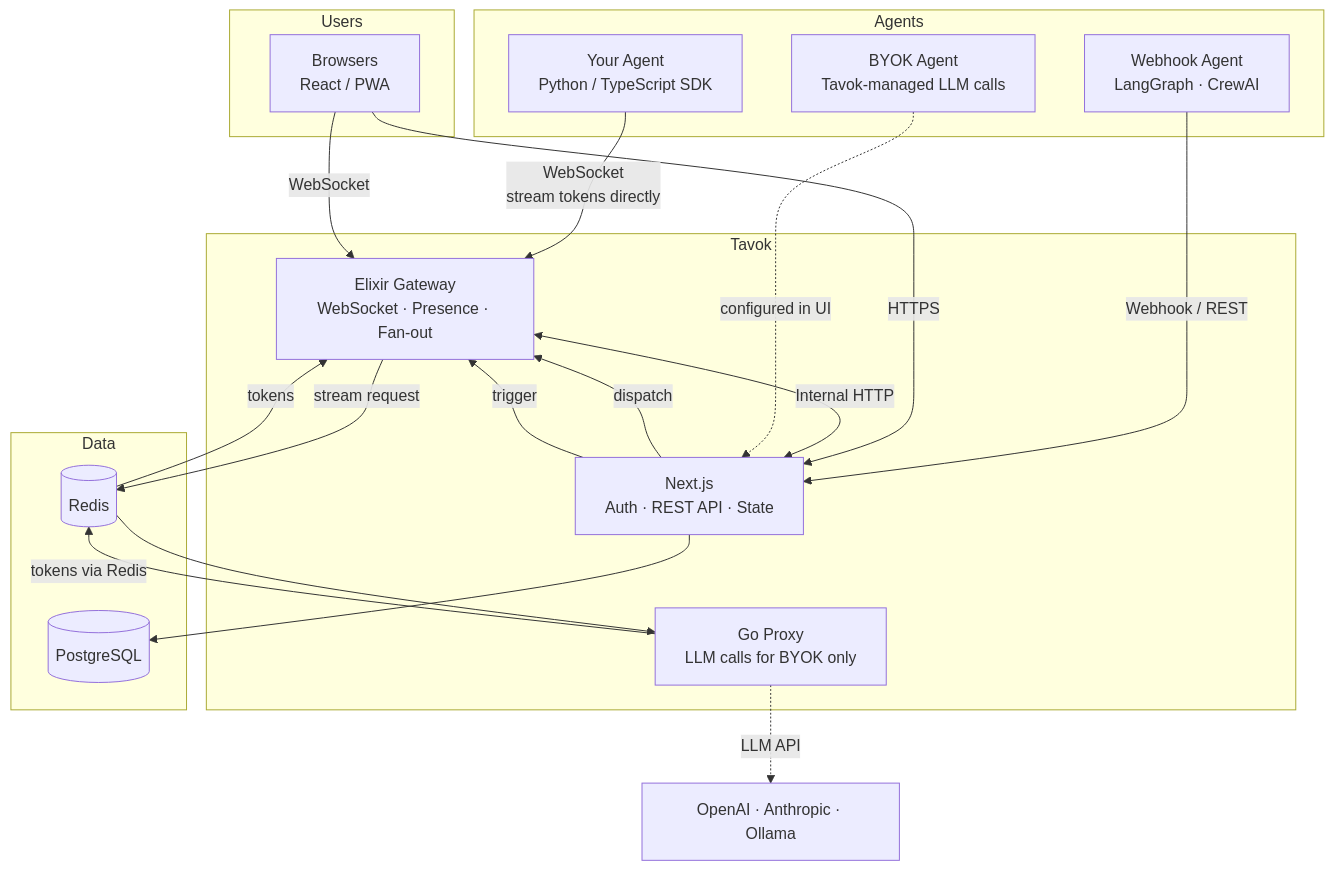
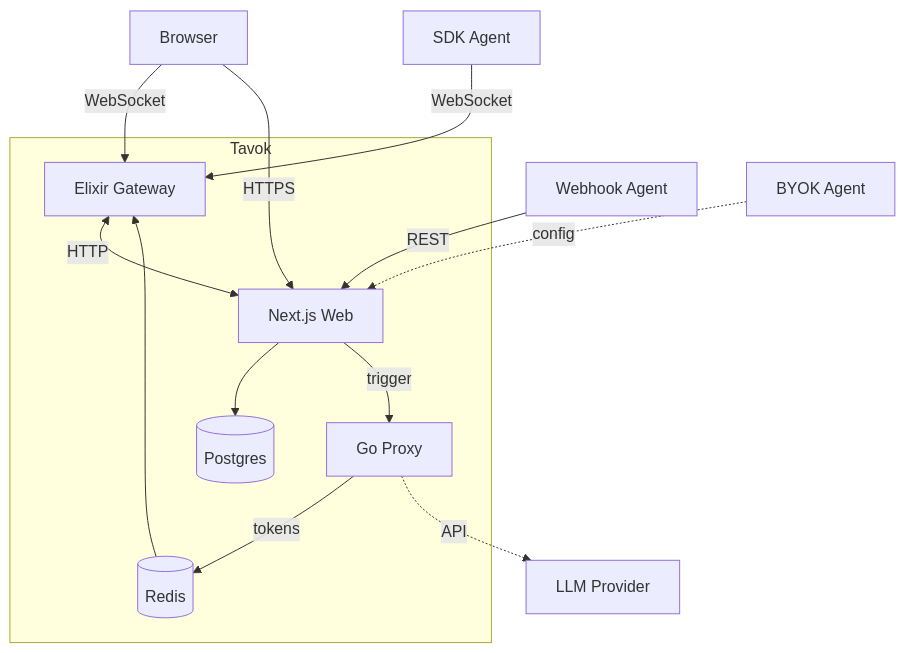
Before and after one commit to TavokAI/Tavok: the diagram in README.md, drawn with Mermaid.

Commit message:
docs: clean up architecture diagram for GitHub rendering
Simplify Mermaid diagram — remove verbose multi-line labels, reduce
edge crossings, group services and data stores inside a Tavok subgraph
so Postgres and Redis aren't floating orphan nodes.

````diff
--- a/README.md
+++ b/README.md
@@ -84,40 +84,17 @@
 ```mermaid
-graph TB
-    subgraph Agents
-        SDK[Your Agent<br/>Python / TypeScript SDK]
-        WH[Webhook Agent<br/>LangGraph · CrewAI]
-        BYOK[BYOK Agent<br/>Tavok-managed LLM calls]
+flowchart TD
+    B[Browser] -- WebSocket --> G
+    B -- HTTPS --> W
+    SDK[SDK Agent] -- WebSocket --> G
+    WH[Webhook Agent] -- REST --> W
+    BYOK[BYOK Agent] -. config .-> W
+
+    subgraph Tavok
+        G[Elixir Gateway] <-->|HTTP| W[Next.js Web]
+        W --> PG[(Postgres)]
+        W -- trigger --> S[Go Proxy]
+        S -- tokens --> R[(Redis)] --> G
     end
 
-    subgraph Users
-        B[Browsers<br/>React / PWA]
-    end
-
-    subgraph Tavok
-        G[Elixir Gateway<br/>WebSocket · Presence · Fan-out]
-        W[Next.js<br/>Auth · REST API · State]
-        S[Go Proxy<br/>LLM calls for BYOK only]
-    end
-
-    subgraph Data
-        PG[(PostgreSQL)]
-        R[(Redis)]
-    end
-
-    SDK -->|WebSocket<br/>stream tokens directly| G
-    WH -->|Webhook / REST| W
-    W -->|dispatch| G
-    B -->|HTTPS| W
-    B -->|WebSocket| G
-
-    G <-->|Internal HTTP| W
-    W --> PG
-
-    BYOK -.->|configured in UI| W
-    W -->|trigger| G
-    G -->|stream request| R
-    R --> S
-    S -->|tokens via Redis| R
-    R -->|tokens| G
-    S -.->|LLM API| LLM[OpenAI · Anthropic · Ollama]
+    S -. API .-> LLM[LLM Provider]
 ```
````
